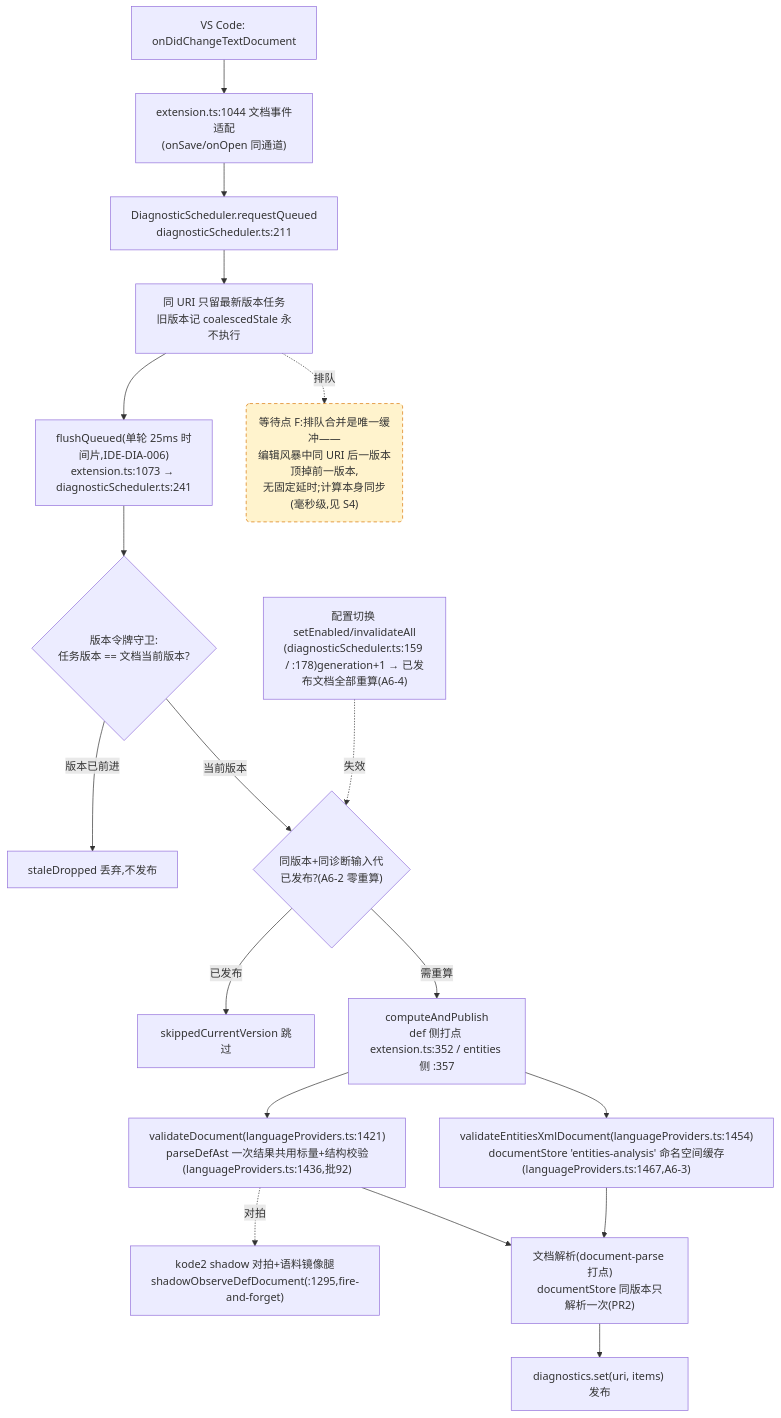
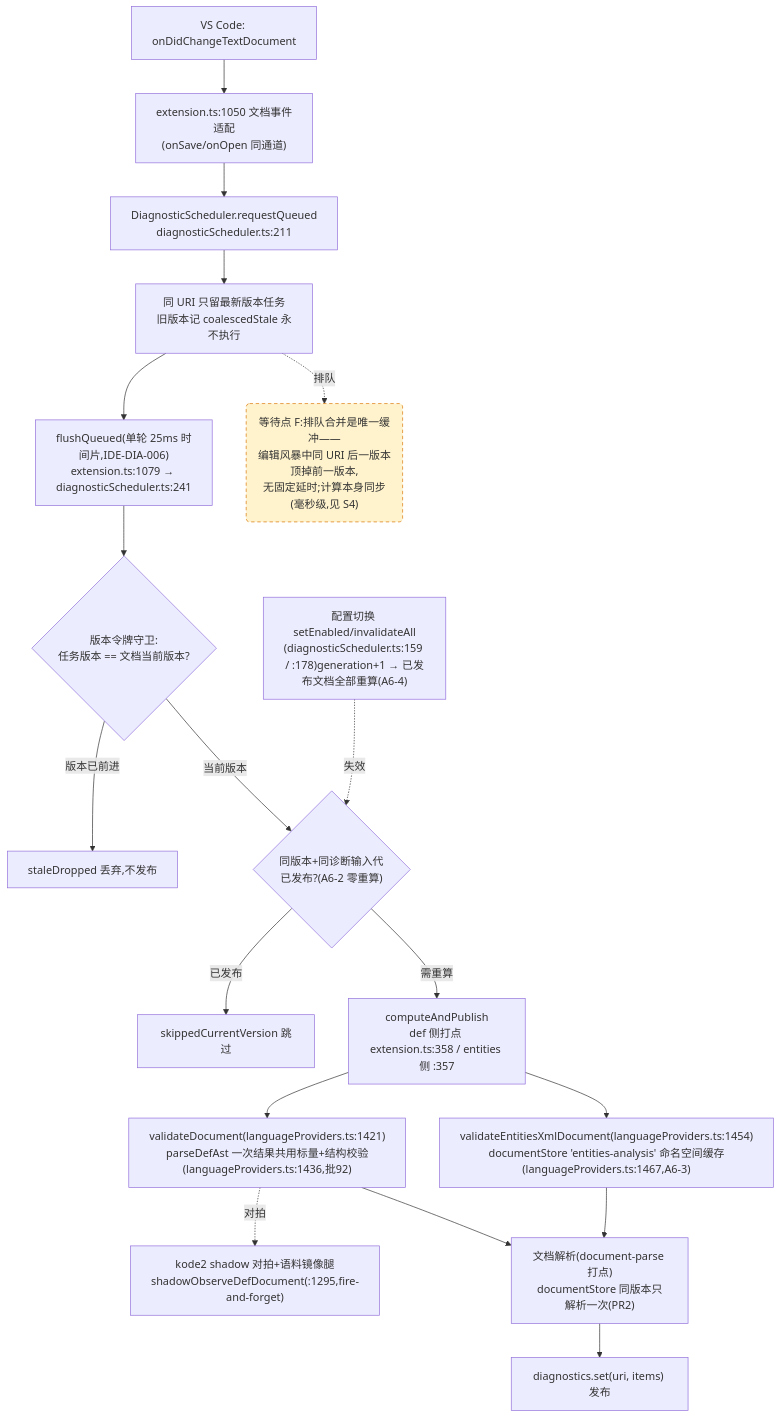
Before and after one commit to cuihairu/kode: the fourth of 4 diagrams in docs/perf/2026-baseline.md, drawn with Mermaid. The commit also changed other lines of this file and 13 other files, not shown here.

````diff
--- a/docs/perf/2026-baseline.md
+++ b/docs/perf/2026-baseline.md
@@ -214,38 +214,38 @@
 ```mermaid
 flowchart TD
   CHG["VS Code: onDidChangeTextDocument"]
-  WATCH["extension.ts:1044 文档事件适配<br/>(onSave/onOpen 同通道)"]
+  WATCH["extension.ts:1050 文档事件适配<br/>(onSave/onOpen 同通道)"]
   RQ["DiagnosticScheduler.requestQueued<br/>diagnosticScheduler.ts:211"]
   CO["同 URI 只留最新版本任务<br/>旧版本记 coalescedStale 永不执行"]
-  FL["flushQueued(单轮 25ms 时间片,IDE-DIA-006)<br/>extension.ts:1073 → diagnosticScheduler.ts:241"]
+  FL["flushQueued(单轮 25ms 时间片,IDE-DIA-006)<br/>extension.ts:1079 → diagnosticScheduler.ts:241"]
   VG{"版本令牌守卫:<br/>任务版本 == 文档当前版本?"}
   DROP["staleDropped 丢弃,不发布"]
   GEN{"同版本+同诊断输入代<br/>已发布?(A6-2 零重算)"}
   SKIP["skippedCurrentVersion 跳过"]
-  CALC["computeAndPublish<br/>def 侧打点 extension.ts:352 / entities 侧 :357"]
+  CALC["computeAndPublish<br/>def 侧打点 extension.ts:358 / entities 侧 :357"]
   VD["validateDocument(languageProviders.ts:1421)<br/>parseDefAst 一次结果共用标量+结构校验(languageProviders.ts:1436,批92)"]
   VEX["validateEntitiesXmlDocument(languageProviders.ts:1454)<br/>documentStore 'entities-analysis' 命名空间缓存(languageProviders.ts:1467,A6-3)"]
   SHDD["kode2 shadow 对拍+语料镜像腿<br/>shadowObserveDefDocument(:1295,fire-and-forget)"]
   DS["文档解析(document-parse 打点)<br/>documentStore 同版本只解析一次(PR2)"]
   PUB["diagnostics.set(uri, items) 发布"]
   CFG2["配置切换 setEnabled/invalidateAll<br/>(diagnosticScheduler.ts:159 / :178)generation+1 → 已发布文档全部重算(A6-4)"]
 
   CHG --> WATCH --> RQ --> CO --> FL --> VG
   VG -- "版本已前进" --> DROP
   VG -- "当前版本" --> GEN
   GEN -- "已发布" --> SKIP
   GEN -- "需重算" --> CALC
   CALC --> VD
   CALC --> VEX
   VD --> DS
   VEX --> DS
   DS --> PUB
   VD -.->|对拍| SHDD
   CFG2 -.->|失效| GEN
 
   WAITF("等待点 F:排队合并是唯一缓冲——<br/>编辑风暴中同 URI 后一版本顶掉前一版本,<br/>无固定延时;计算本身同步(毫秒级,见 S4)")
   CO -.->|排队| WAITF
 
   classDef waitPoint fill:#fff3cd,stroke:#d97706,stroke-dasharray:5 4;
   class WAITF waitPoint;
 ```
````
